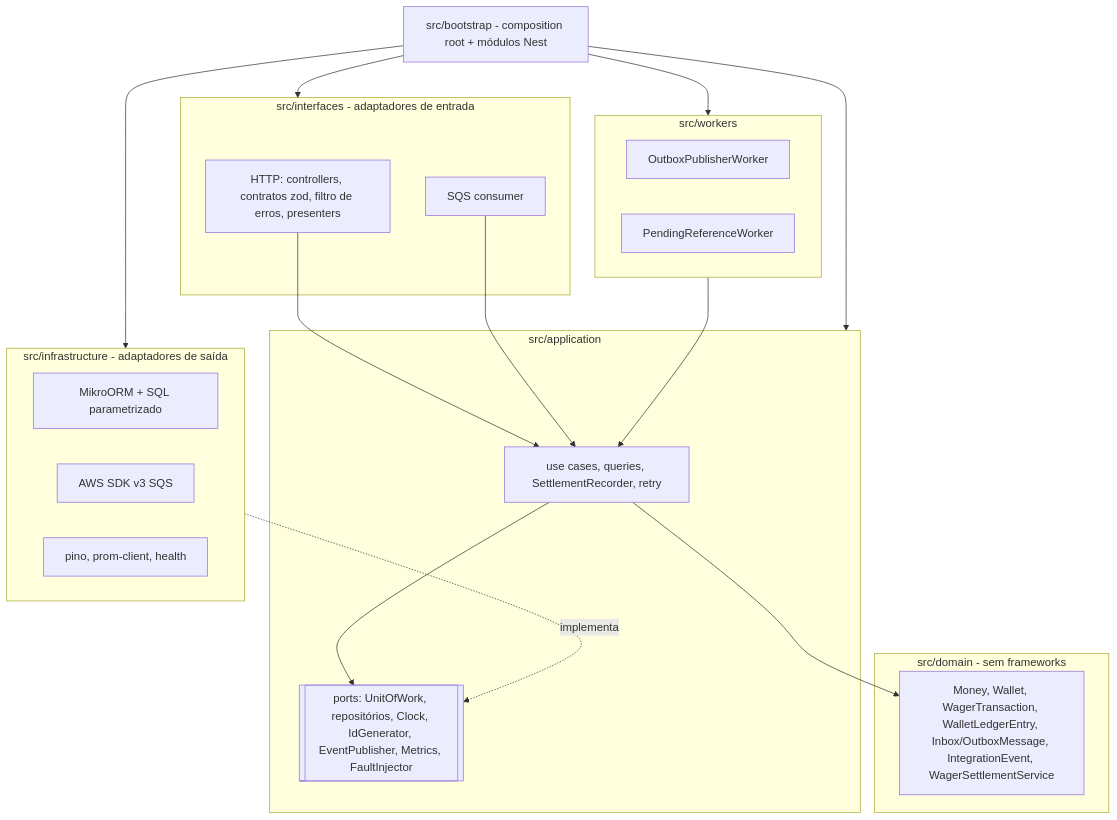
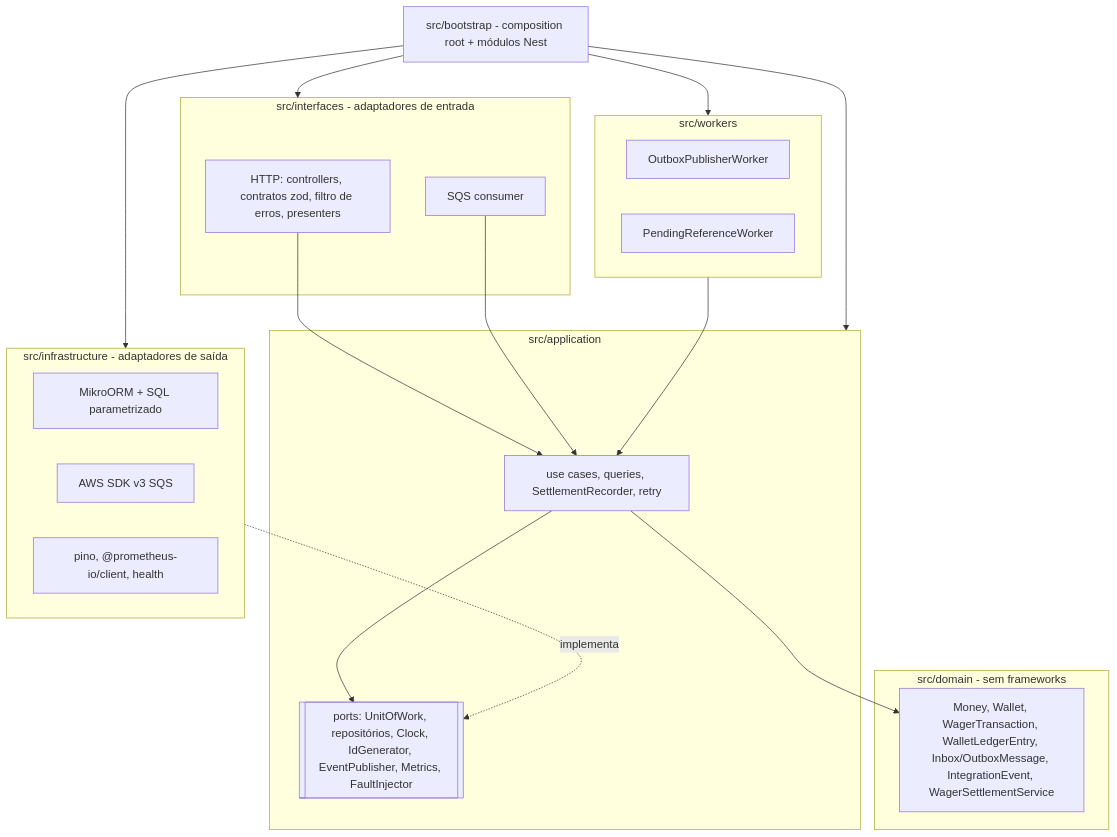
One commit to DanielnetoDotCom/jungle-wagering-processor changed the second of 8 diagrams in ARCHITECTURE.md. Above: the diagram before and after it, drawn with Mermaid. The commit also changed other lines of this file and 37 other files, not shown here.

````diff
--- a/ARCHITECTURE.md
+++ b/ARCHITECTURE.md
@@ -66,29 +66,29 @@
 ```mermaid
 flowchart TB
     subgraph interfaces[src/interfaces - adaptadores de entrada]
         http[HTTP: controllers, contratos zod, filtro de erros, presenters]
         cons[SQS consumer]
     end
     subgraph workers[src/workers]
         wo[OutboxPublisherWorker]
         wr[PendingReferenceWorker]
     end
     subgraph application[src/application]
         uc[use cases, queries, SettlementRecorder, retry]
         ports[[ports: UnitOfWork, repositórios, Clock, IdGenerator, EventPublisher, Metrics, FaultInjector]]
     end
     subgraph domain[src/domain - sem frameworks]
         d[Money, Wallet, WagerTransaction, WalletLedgerEntry, Inbox/OutboxMessage, IntegrationEvent, WagerSettlementService]
     end
     subgraph infrastructure[src/infrastructure - adaptadores de saída]
         orm[MikroORM + SQL parametrizado]
         sqs[AWS SDK v3 SQS]
-        obs[pino, prom-client, health]
+        obs[pino, @prometheus-io/client, health]
     end
     boot[src/bootstrap - composition root + módulos Nest]
     http & cons & workers --> uc
     uc --> d
     uc --> ports
     infrastructure -. implementa .-> ports
     boot --> interfaces & workers & infrastructure & application
 ```
````
